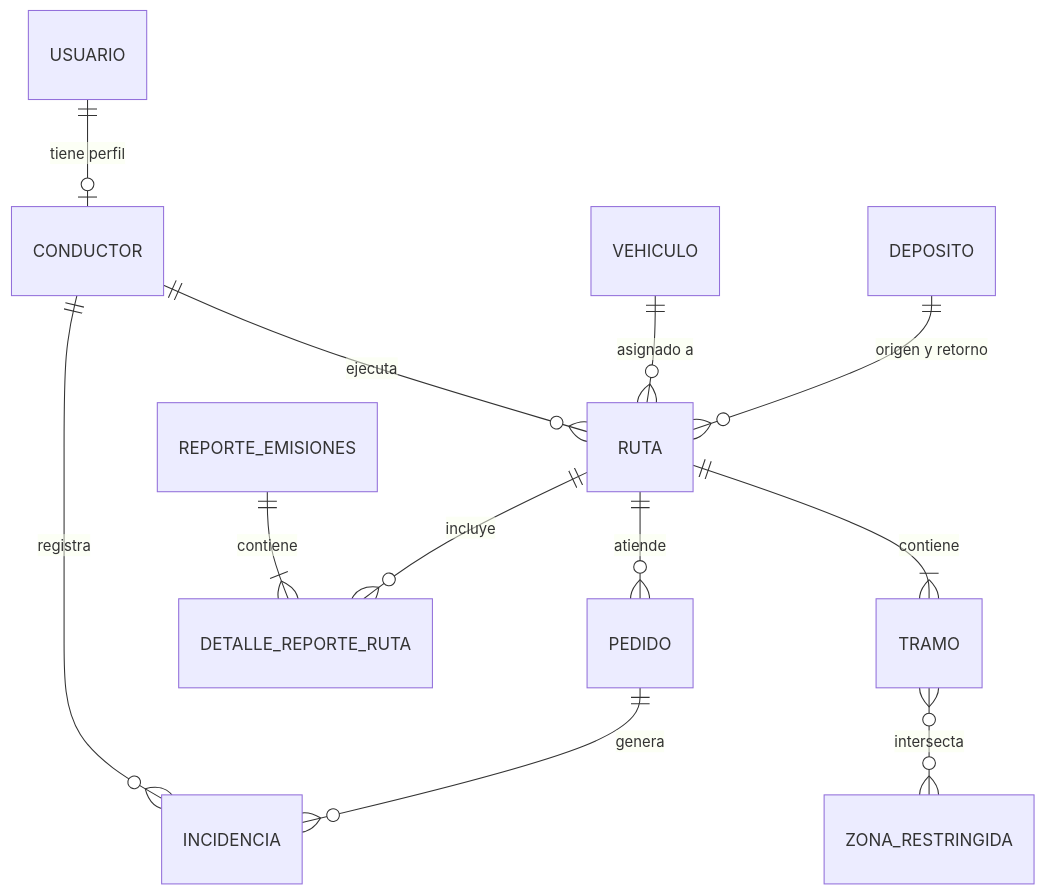
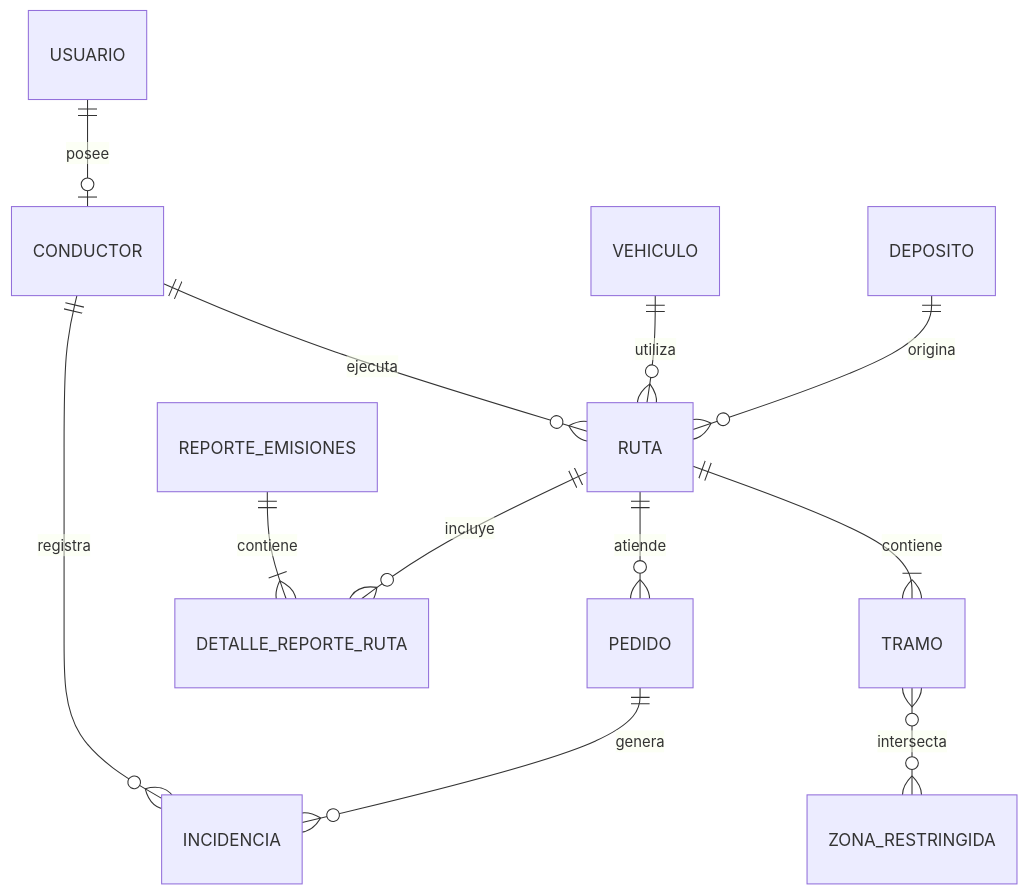
One commit to MartinezJhef/EcoLogistica-Lima changed the diagram in docs/01 Inicio/11. Base de datos V_1_0_0.md. Above: the diagram before and after it, drawn with Mermaid. The commit also changed other lines of this file, not shown here.

````diff
--- a/docs/01 Inicio/11. Base de datos V_1_0_0.md
+++ b/docs/01 Inicio/11. Base de datos V_1_0_0.md
@@ -52,14 +38,20 @@
 ```mermaid
 erDiagram
-    USUARIO ||--o| CONDUCTOR : "tiene perfil"
+
+    USUARIO ||--o| CONDUCTOR : "posee"
+
     CONDUCTOR ||--o{ RUTA : "ejecuta"
-    VEHICULO ||--o{ RUTA : "asignado a"
-    DEPOSITO ||--o{ RUTA : "origen y retorno"
+    VEHICULO ||--o{ RUTA : "utiliza"
+    DEPOSITO ||--o{ RUTA : "origina"
+
     RUTA ||--|{ TRAMO : "contiene"
     RUTA ||--o{ PEDIDO : "atiende"
+
     PEDIDO ||--o{ INCIDENCIA : "genera"
     CONDUCTOR ||--o{ INCIDENCIA : "registra"
+
+    TRAMO }o--o{ ZONA_RESTRINGIDA : "intersecta"
+
     RUTA ||--o{ DETALLE_REPORTE_RUTA : "incluye"
     REPORTE_EMISIONES ||--|{ DETALLE_REPORTE_RUTA : "contiene"
-    TRAMO }o--o{ ZONA_RESTRINGIDA : "intersecta"
 ```
````
